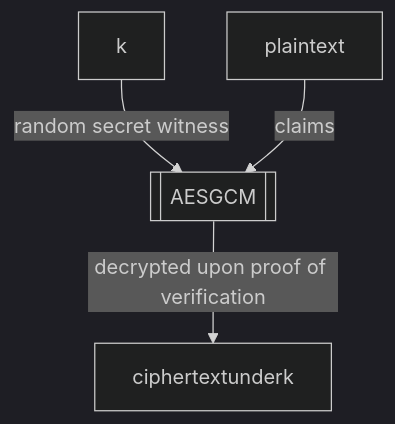
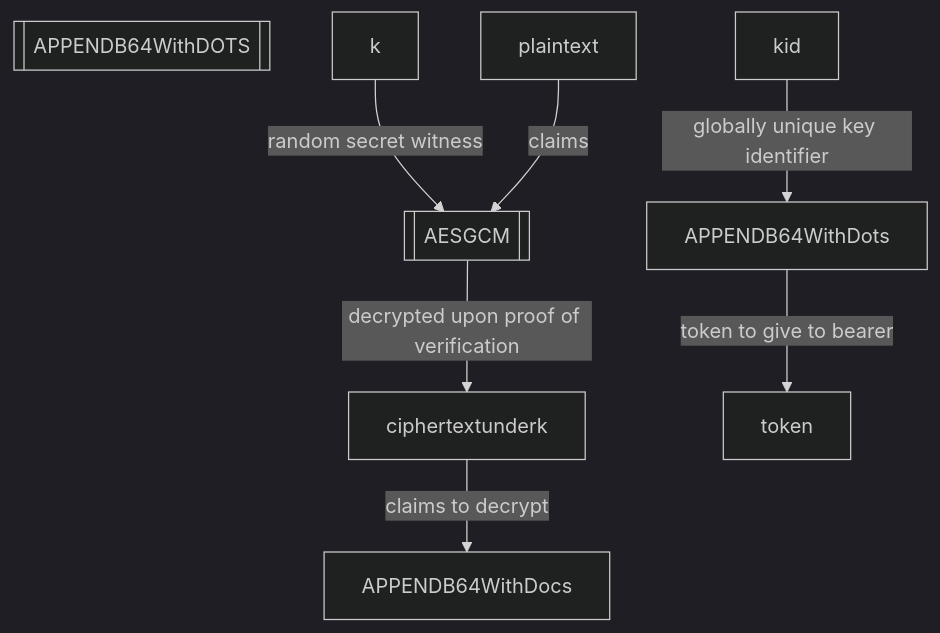
Before and after one commit to rfielding/whiskeyTango: the second of 2 diagrams in README.md, drawn with Mermaid (dark theme).

Commit message:
update diagram

````diff
--- a/README.md
+++ b/README.md
@@ -94,7 +94,11 @@
 ```mermaid
 flowchart TB
   AESGCM[[AESGCM]]
+  APPENDB64WithDOTS[[APPENDB64WithDOTS]]
   k-- random secret witness -->AESGCM
   plaintext-- claims -->AESGCM
   AESGCM-- decrypted upon proof of verification -->ciphertextunderk
+  kid-- globally unique key identifier -->APPENDB64WithDots
+  ciphertextunderk-- claims to decrypt -->APPENDB64WithDocs
+  APPENDB64WithDots-- token to give to bearer -->token
 ```
````
